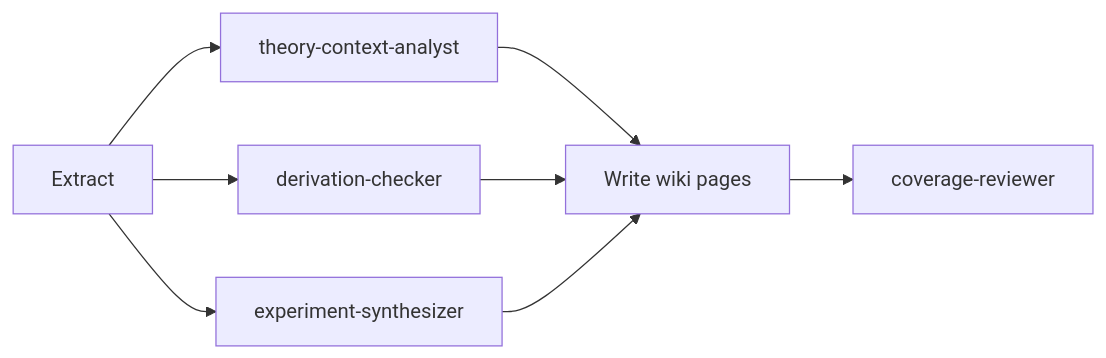
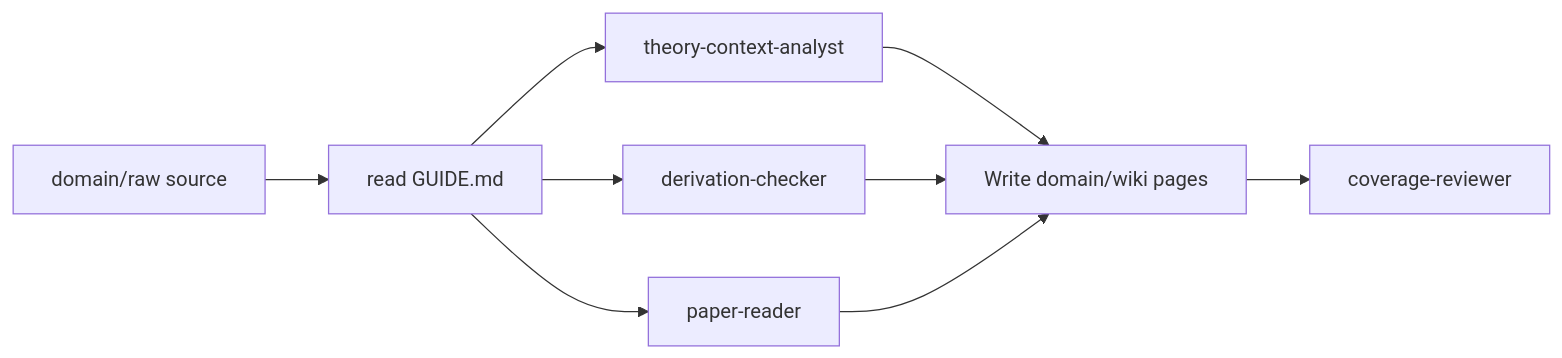
The second of 2 diagrams in README.md (jaaaackieLai/LLM-Knowledge-Base), drawn with Mermaid before and after one commit. The commit also changed other lines of this file and 38 other files, not shown here.

````diff
--- a/README.md
+++ b/README.md
@@ -43,10 +45,11 @@
 ```mermaid
 graph LR
-    E[Extract] --> TA[theory-context-analyst]
-    E --> DC[derivation-checker]
-    E --> ES[experiment-synthesizer]
-    TA --> W[Write wiki pages]
+    E[domain/raw source] --> G[read GUIDE.md]
+    G --> TA[theory-context-analyst]
+    G --> DC[derivation-checker]
+    G --> PR[paper-reader]
+    TA --> W[Write domain/wiki pages]
     DC --> W
-    ES --> W
+    PR --> W
     W --> CR[coverage-reviewer]
 ```
````
